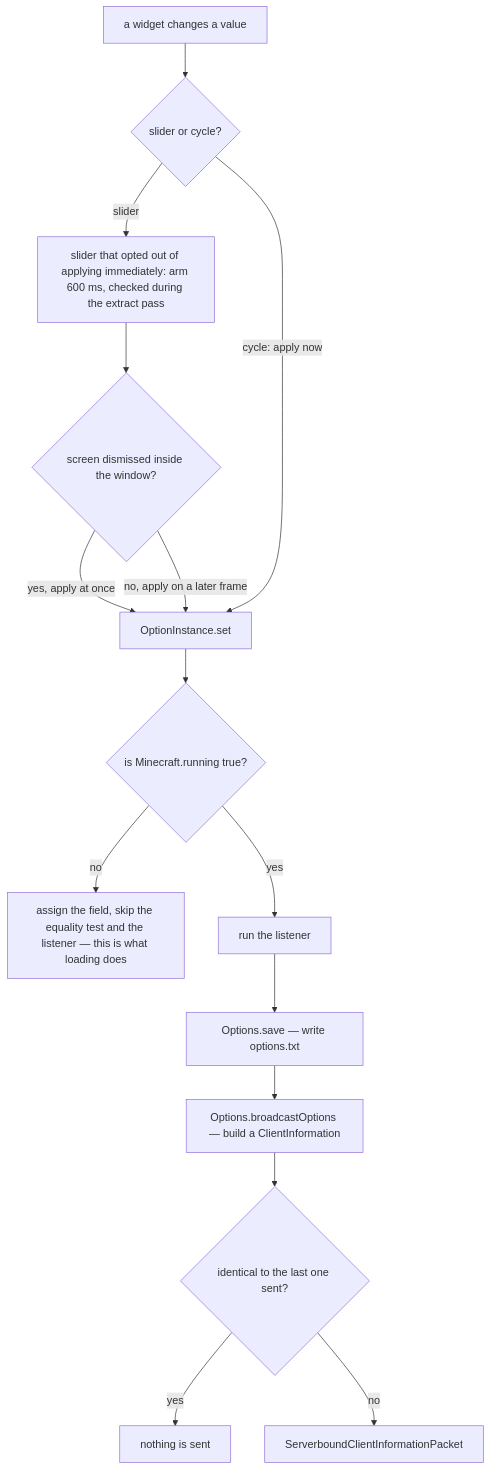
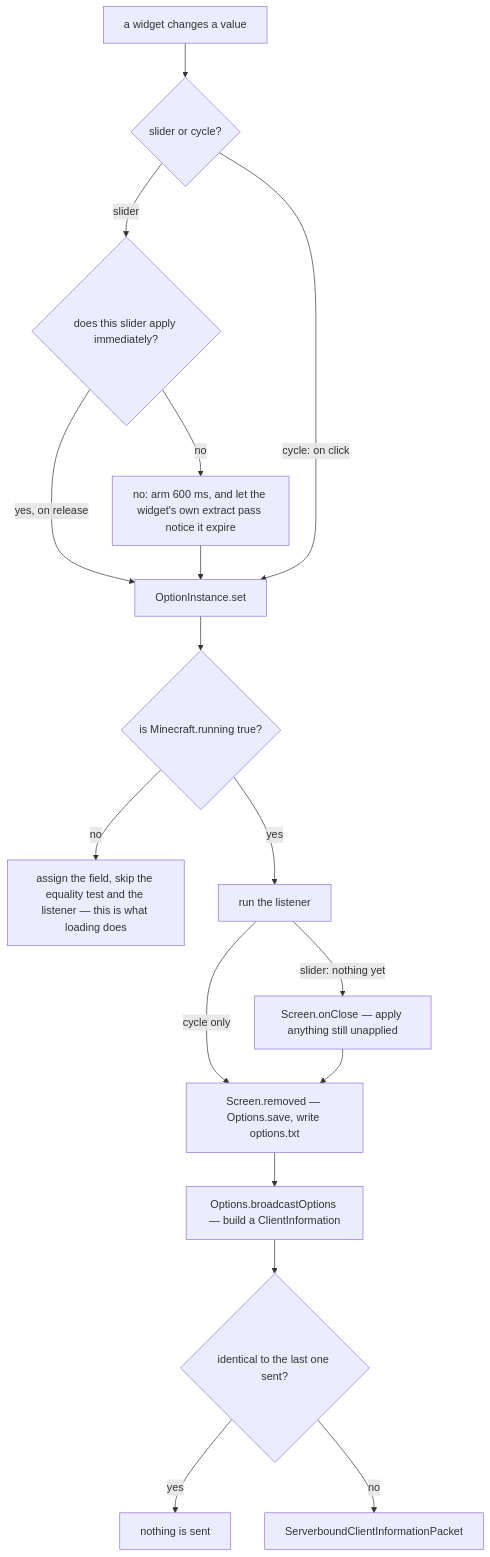
Before and after one commit to AlexanderjFraser/MinecraftDocs: the diagram in src/systems/client/options.md, drawn with Mermaid. The commit also changed other lines of this file and 20 other files, not shown here.

````diff
--- a/src/systems/client/options.md
+++ b/src/systems/client/options.md
@@ -35,28 +36,31 @@
 ```mermaid
 flowchart TD
     CHANGE["a widget changes a value"]
     KIND{"slider or cycle?"}
-    ARM["slider that opted out of applying immediately: arm 600 ms, checked during the extract pass"]
-    EARLY{"screen dismissed inside the window?"}
+    IMMED{"does this slider apply immediately?"}
+    ARM["no: arm 600 ms, and let the widget's own extract pass notice it expire"]
     SET["OptionInstance.set"]
     RUNNING{"is Minecraft.running true?"}
     SILENT["assign the field, skip the equality test and the listener — this is what loading does"]
     LISTEN["run the listener"]
-    SAVE["Options.save — write options.txt"]
+    CLOSE["Screen.onClose — apply anything still unapplied"]
+    REMOVED["Screen.removed — Options.save, write options.txt"]
     BCAST["Options.broadcastOptions — build a ClientInformation"]
     SAME{"identical to the last one sent?"}
     SEND["ServerboundClientInformationPacket"]
     NOTHING["nothing is sent"]
     CHANGE --> KIND
-    KIND -- "slider" --> ARM --> EARLY
-    EARLY -- "yes, apply at once" --> SET
-    EARLY -- "no, apply on a later frame" --> SET
-    KIND -- "cycle: apply now" --> SET
+    KIND -- "slider" --> IMMED
+    IMMED -- "yes, on release" --> SET
+    IMMED -- "no" --> ARM --> SET
+    KIND -- "cycle: on click" --> SET
     SET --> RUNNING
     RUNNING -- "no" --> SILENT
     RUNNING -- "yes" --> LISTEN
-    LISTEN --> SAVE
-    SAVE --> BCAST --> SAME
+    LISTEN -- "cycle only" --> REMOVED
+    LISTEN -- "slider: nothing yet" --> CLOSE
+    CLOSE --> REMOVED
+    REMOVED --> BCAST --> SAME
     SAME -- "yes" --> NOTHING
     SAME -- "no" --> SEND
 ```
````
